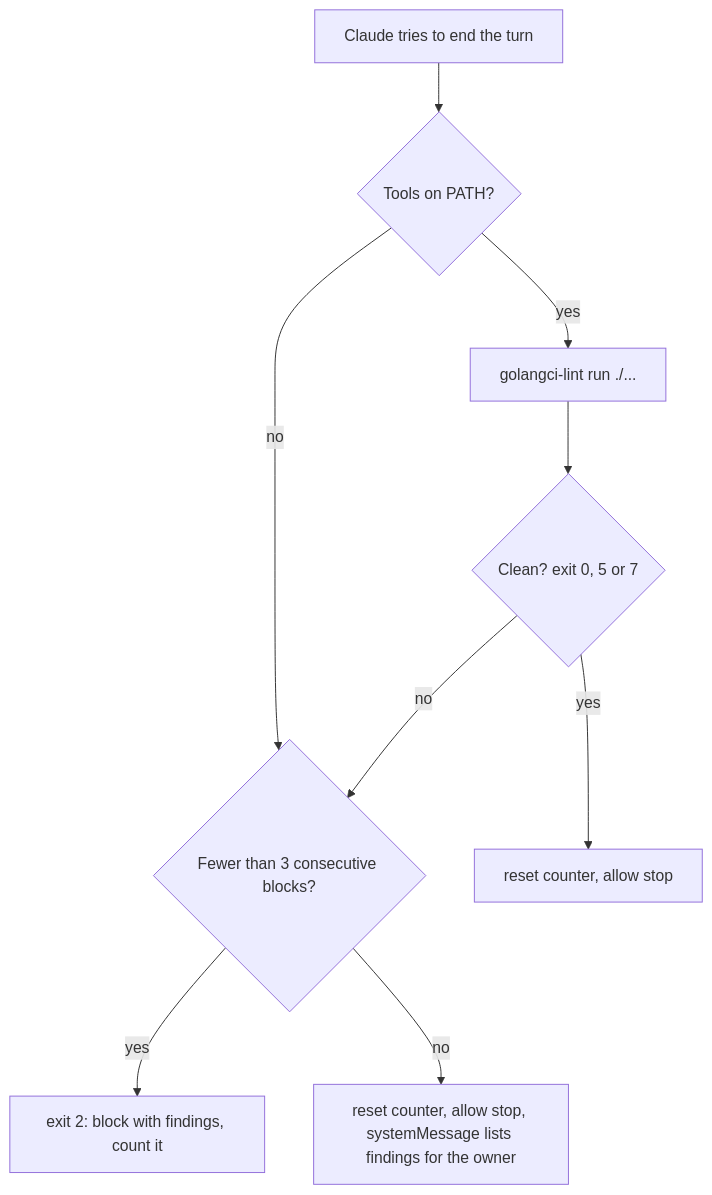
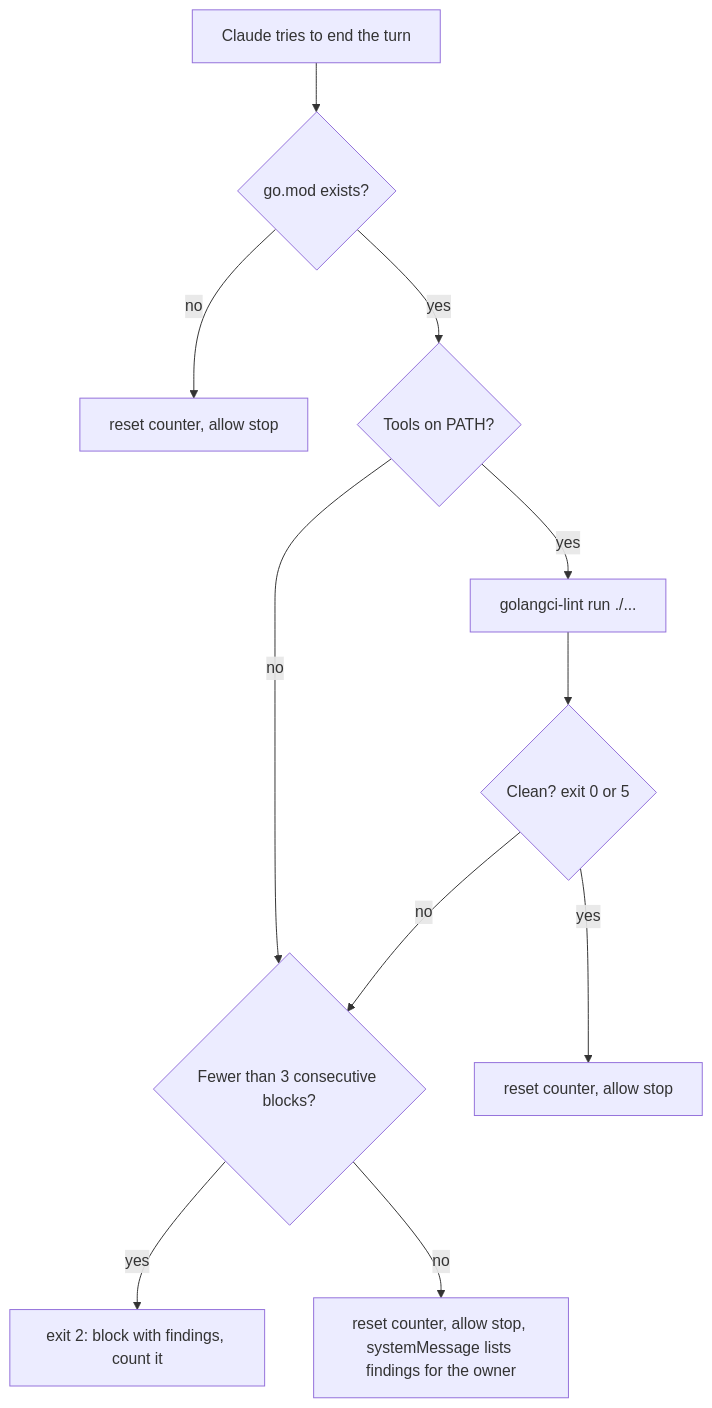
The second of 2 diagrams in docs/plans/2026-10-08-2222-chore-go-project-bootstrap-plan.md (alexander-danilenko/read_wine_bot), drawn with Mermaid before and after one commit. The commit also changed other lines of this file and 3 other files, not shown here.

````diff
--- a/docs/plans/2026-10-08-2222-chore-go-project-bootstrap-plan.md
+++ b/docs/plans/2026-10-08-2222-chore-go-project-bootstrap-plan.md
@@ -179,11 +179,13 @@
 ```mermaid
 flowchart TB
-  S[Claude tries to end the turn] --> TL{Tools on PATH?}
+  S[Claude tries to end the turn] --> GM{go.mod exists?}
+  GM -->|no| A0[reset counter, allow stop]
+  GM -->|yes| TL{Tools on PATH?}
   TL -->|no| B
   TL -->|yes| L[golangci-lint run ./...]
-  L --> C{Clean? exit 0, 5 or 7}
+  L --> C{Clean? exit 0 or 5}
   C -->|yes| RS[reset counter, allow stop]
   C -->|no| B{Fewer than 3 consecutive blocks?}
   B -->|yes| BL[exit 2: block with findings, count it]
   B -->|no| GU[reset counter, allow stop, systemMessage lists findings for the owner]
 ```
````
